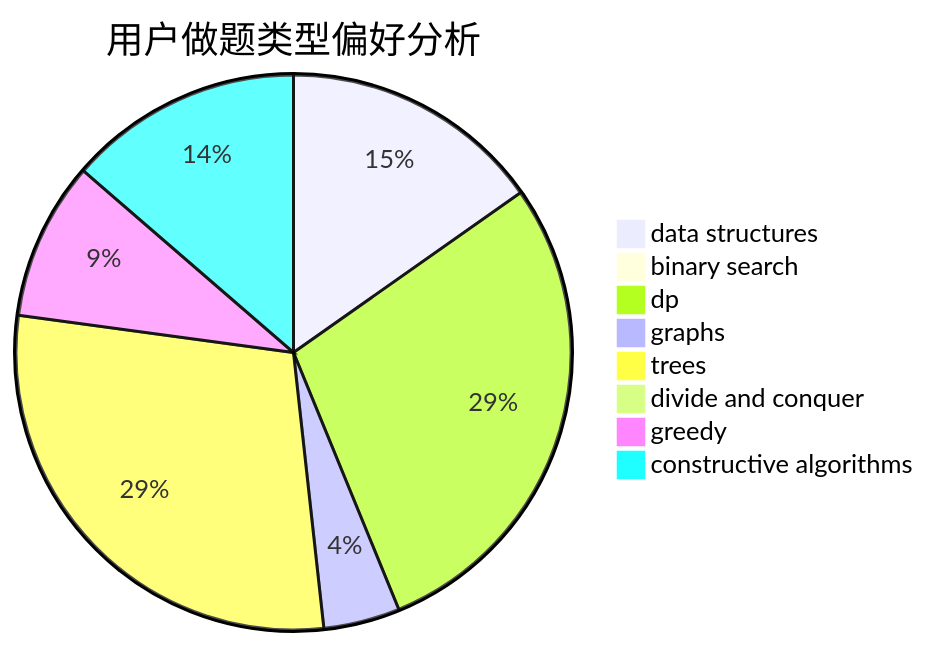
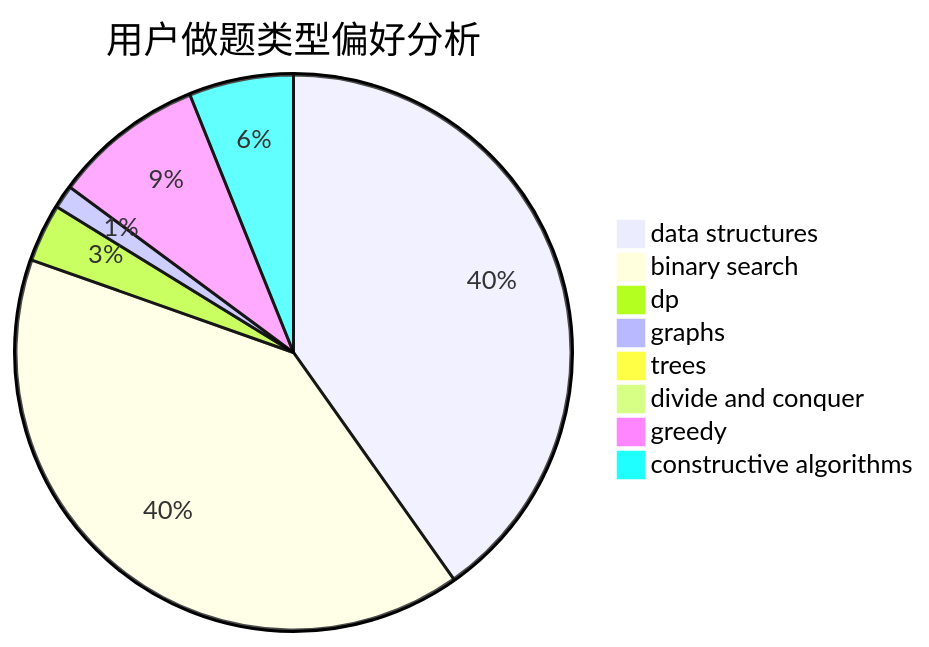
Before and after one commit to sherpahu/cfrs.github.io: the second of 3 diagrams in docs/user/u2679.md, drawn with Mermaid. The commit also changed other lines of this file and 2770 other files, not shown here.

````diff
--- a/docs/user/u2679.md
+++ b/docs/user/u2679.md
@@ -23,11 +23,11 @@
 ```mermaid
 pie title 用户做题类型偏好分析
-    "data structures" :  48
-    "binary search" :  0
-    "dp" :  90
-    "graphs" :  14
-    "trees" :  91
+    "data structures" :  119
+    "binary search" :  119
+    "dp" :  10
+    "graphs" :  4
+    "trees" :  0
     "divide and conquer" :  0
-    "greedy" :  29
-    "constructive algorithms" :  43
+    "greedy" :  26
+    "constructive algorithms" :  18
 ```
````
